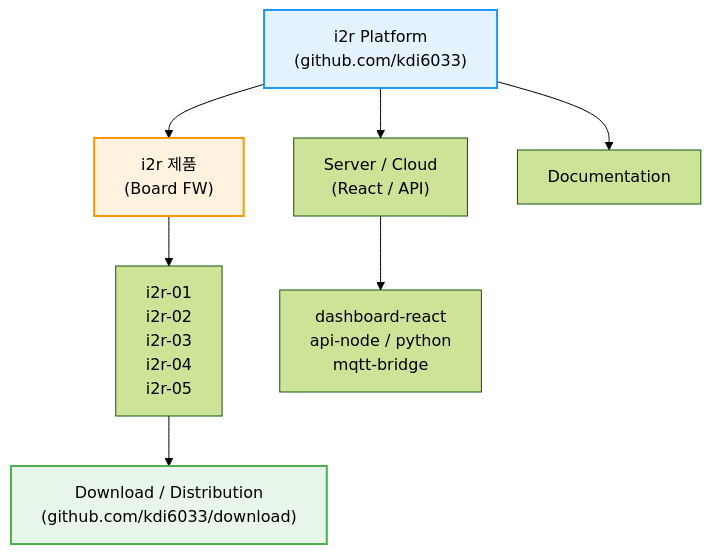
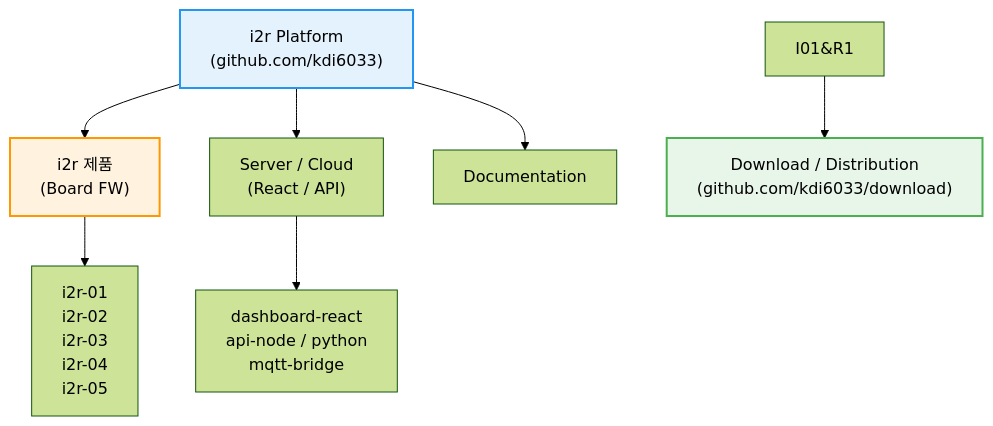
Before and after one commit to kdi6033/kdi6033: the first of 2 diagrams in README.md, drawn with Mermaid (forest theme).

````diff
--- a/README.md
+++ b/README.md
@@ -61,21 +61,21 @@
 ```mermaid
 graph TD
     %% Main Platform
     MAIN["i2r Platform<br/>(github.com/kdi6033)"] --> FW["i2r 제품<br/>(Board FW)"]
     MAIN --> CLOUD["Server / Cloud<br/>(React / API)"]
     MAIN --> DOCS["Documentation"]
 
     %% Firmware Branch
     FW --> I01[i2r-01<br/>i2r-02<br/>i2r-03<br/>i2r-04<br/>i2r-05]
     
     %% Cloud Branch
     CLOUD --> R1[dashboard-react<br/>api-node / python<br/>mqtt-bridge]
 
     %% Download Center (Linked from FW)
-    I01 --> DL["Download / Distribution<br/>(github.com/kdi6033/download)"]
+    I01&R1 --> DL["Download / Distribution<br/>(github.com/kdi6033/download)"]
 
     %% Styling
     style MAIN fill:#E3F2FD,stroke:#2196F3,stroke-width:2px
     style FW fill:#FFF3E0,stroke:#FF9800,stroke-width:2px
     style DL fill:#E8F5E9,stroke:#4CAF50,stroke-width:2px
 ```
````
